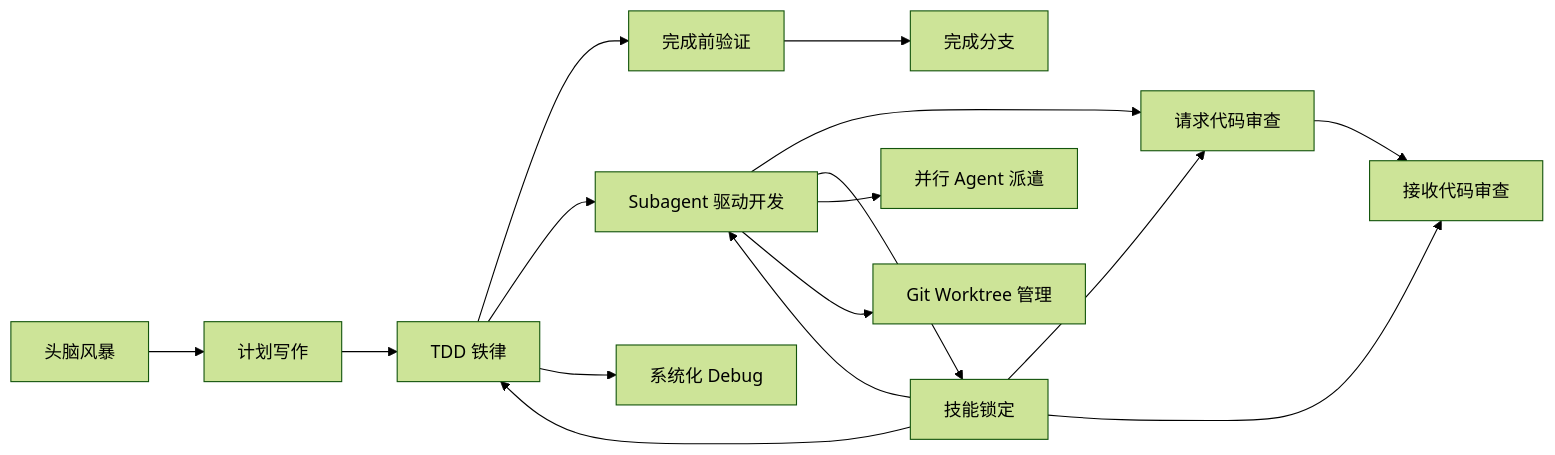
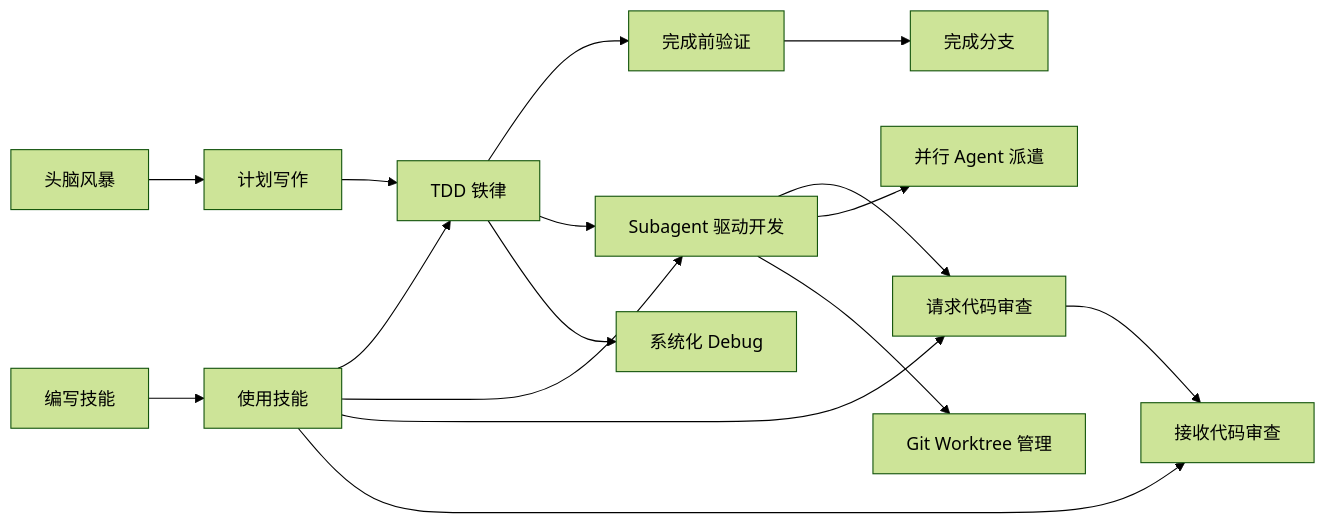
One commit to AngelWings1997/altas changed diagram 11 of 11 in .qoder/repowiki/zh/content/超级能力模块/超级能力模块.md. Above: the diagram before and after it, drawn with Mermaid (forest theme). The commit also changed other lines of this file and 4 other files, not shown here.

````diff
--- a/.qoder/repowiki/zh/content/超级能力模块/超级能力模块.md
+++ b/.qoder/repowiki/zh/content/超级能力模块/超级能力模块.md
@@ -408,18 +406,18 @@
 ```mermaid
 graph LR
 Brain["头脑风暴"] --> Plan["计划写作"]
 Plan --> TDD["TDD 铁律"]
 TDD --> Verif["完成前验证"]
 TDD --> Sub["Subagent 驱动开发"]
 Sub --> ReqRev["请求代码审查"]
 ReqRev --> RecRev["接收代码审查"]
 TDD --> Debug["系统化 Debug"]
-Sub --> Lock["技能锁定"]
-Lock --> TDD
-Lock --> Sub
-Lock --> ReqRev
-Lock --> RecRev
+Using["使用技能"] --> TDD
+Using --> Sub
+Using --> ReqRev
+Using --> RecRev
+Writing["编写技能"] --> Using
 Sub --> Aux1["并行 Agent 派遣"]
 Sub --> Aux2["Git Worktree 管理"]
 Verif --> Merge["完成分支"]
 ```
````
